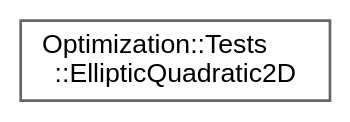
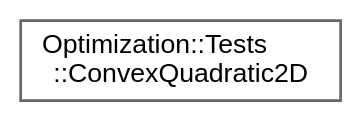
Before and after one commit to jswoo0615/Algorithms_for_Optimization_cpp: the diagram in inherit_graph_31.dot, drawn with Graphviz. The commit also changed 36 other files, not shown here.

```diff
--- a/inherit_graph_31.dot
+++ b/inherit_graph_31.dot
@@ -1,9 +1,9 @@
 digraph "Graphical Class Hierarchy"
 {
  // LATEX_PDF_SIZE
   bgcolor="transparent";
   edge [fontname=Helvetica,fontsize=10,labelfontname=Helvetica,labelfontsize=10];
   node [fontname=Helvetica,fontsize=10,shape=box,height=0.2,width=0.4];
   rankdir="LR";
-  Node0 [id="Node000000",label="Optimization::Tests\l::EllipticQuadratic2D",height=0.2,width=0.4,color="grey40", fillcolor="white", style="filled",URL="$structOptimization_1_1Tests_1_1EllipticQuadratic2D.html",tooltip=" "];
+  Node0 [id="Node000000",label="Optimization::Tests\l::ConvexQuadratic2D",height=0.2,width=0.4,color="grey40", fillcolor="white", style="filled",URL="$structOptimization_1_1Tests_1_1ConvexQuadratic2D.html",tooltip=" "];
 }
```
